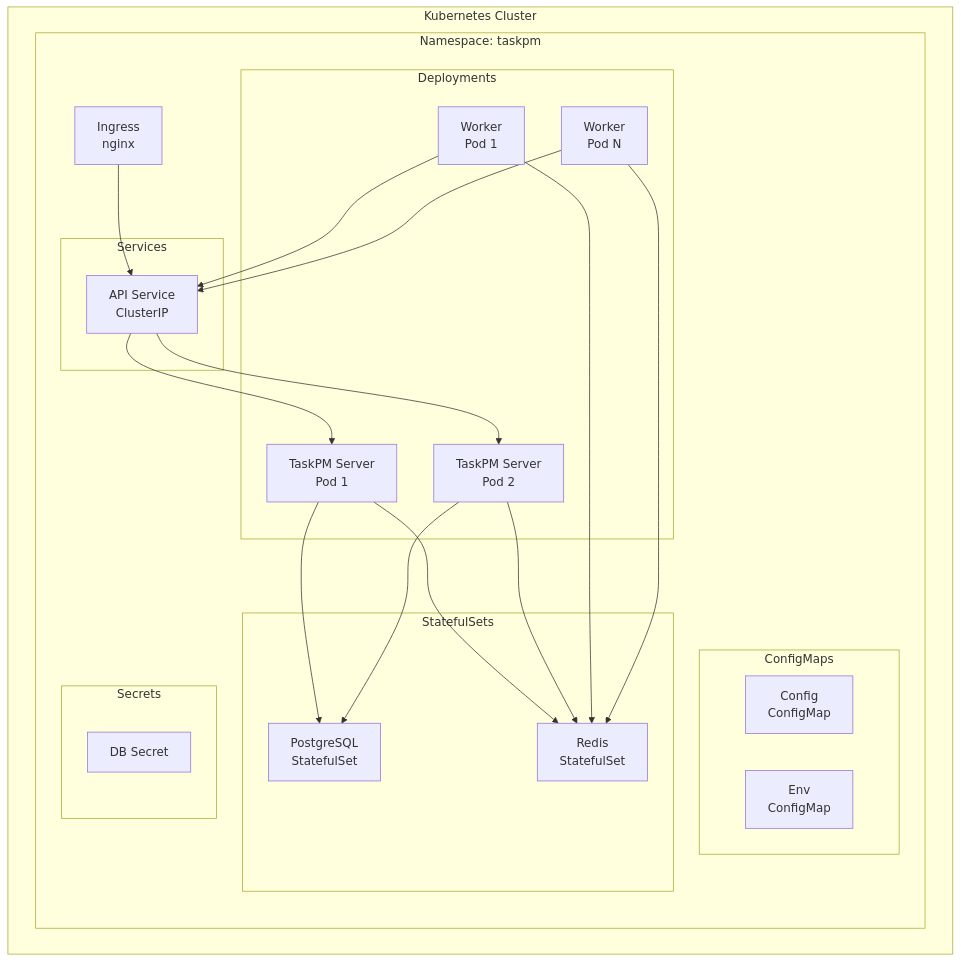
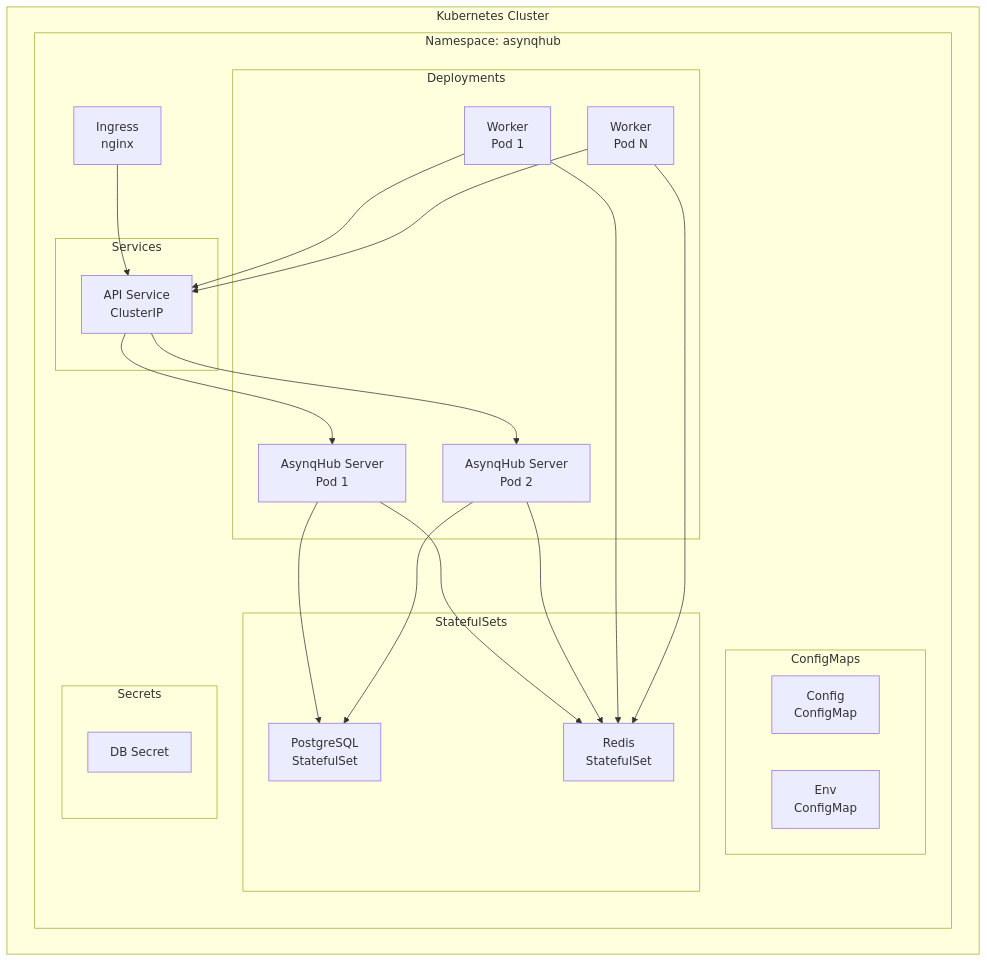
The ninth of 11 diagrams in docs/ARCHITECTURE.md (azhengyongqin/asynq-hub), drawn with Mermaid before and after one commit. The commit also changed other lines of this file and 54 other files, not shown here.

````diff
--- a/docs/ARCHITECTURE.md
+++ b/docs/ARCHITECTURE.md
@@ -571,45 +571,45 @@
 ```mermaid
 graph TB
     subgraph "Kubernetes Cluster"
-        subgraph "Namespace: taskpm"
+        subgraph "Namespace: asynqhub"
             Ingress[Ingress<br/>nginx]
             
             subgraph "Deployments"
-                Server1[TaskPM Server<br/>Pod 1]
-                Server2[TaskPM Server<br/>Pod 2]
+                Server1[AsynqHub Server<br/>Pod 1]
+                Server2[AsynqHub Server<br/>Pod 2]
                 Worker1[Worker<br/>Pod 1]
                 Worker2[Worker<br/>Pod N]
             end
             
             subgraph "Services"
                 APISvc[API Service<br/>ClusterIP]
             end
             
             subgraph "StatefulSets"
                 PG[PostgreSQL<br/>StatefulSet]
                 Redis[Redis<br/>StatefulSet]
             end
             
             subgraph "ConfigMaps"
                 Config[Config<br/>ConfigMap]
                 Env[Env<br/>ConfigMap]
             end
             
             subgraph "Secrets"
                 DBSecret[DB Secret]
             end
         end
     end
     
     Ingress --> APISvc
     APISvc --> Server1
     APISvc --> Server2
     Server1 --> PG
     Server1 --> Redis
     Server2 --> PG
     Server2 --> Redis
     Worker1 --> APISvc
     Worker2 --> APISvc
     Worker1 --> Redis
     Worker2 --> Redis
 ```
````
